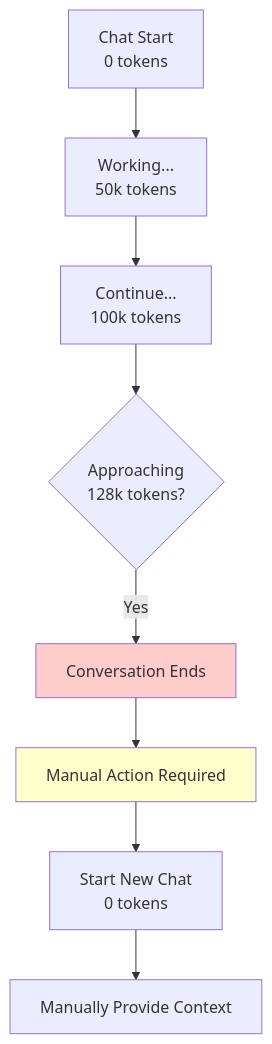
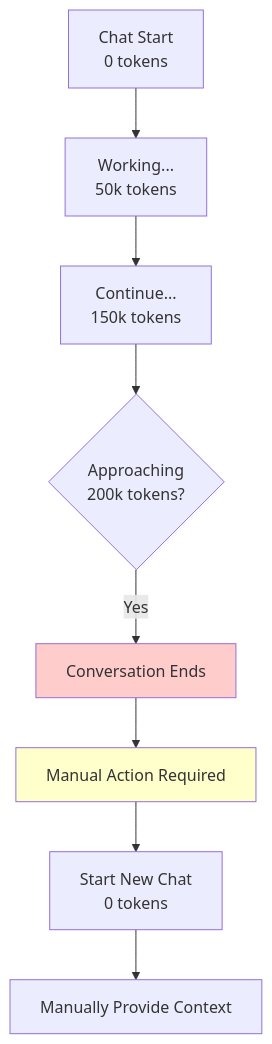
The fourth of 5 diagrams in ai-coding-assistants-comparison.md (sangyvann/Flight-Booking-System-JavaServlets_App), drawn with Mermaid before and after one commit. The commit also changed other lines of this file and 1 other file, not shown here.

````diff
--- a/ai-coding-assistants-comparison.md
+++ b/ai-coding-assistants-comparison.md
@@ -439,13 +440,13 @@
 ```mermaid
 graph TB
     Start[Chat Start<br/>0 tokens] --> Work[Working...<br/>50k tokens]
-    Work --> More[Continue...<br/>100k tokens]
-    More --> Limit{Approaching<br/>128k tokens?}
+    Work --> More[Continue...<br/>150k tokens]
+    More --> Limit{Approaching<br/>200k tokens?}
     Limit -->|Yes| Stop[Conversation Ends]
     Stop --> Manual[Manual Action Required]
     Manual --> NewChat[Start New Chat<br/>0 tokens]
     NewChat --> Context[Manually Provide Context]
     
     style Stop fill:#ffcccc
     style Manual fill:#ffffcc
 ```
````
